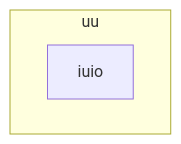
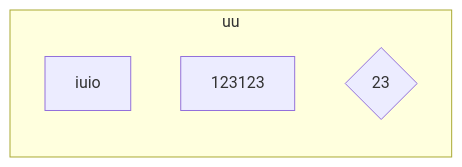
The diagram in mmd/test_84b92440-cb4f-4cf1-a801-4a0af98297f6.mmd (pingpm/mermaid_vault), drawn with Mermaid before and after one commit. The commit also changed 2 other files, not shown here.

Commit message:
Sync Mermaid Studio data (11 diagrams)

```diff
--- a/mmd/test_84b92440-cb4f-4cf1-a801-4a0af98297f6.mmd
+++ b/mmd/test_84b92440-cb4f-4cf1-a801-4a0af98297f6.mmd
@@ -1,4 +1,6 @@
-graph TD
+graph LR
   subgraph lane_de74ea9c_9b52_4f58_b8e2_a9eec44c9aed["uu"]
     t_cf99de01_8763_43a8_92f4_735e26e539d8["iuio"]
+    t_be87b2c9_55ef_4791_8adb_6bb9ab35f062["123123"]
+    t_13a3d5f8_1df1_440d_bcc6_69e2a282aec1{"23"}
   end
```
